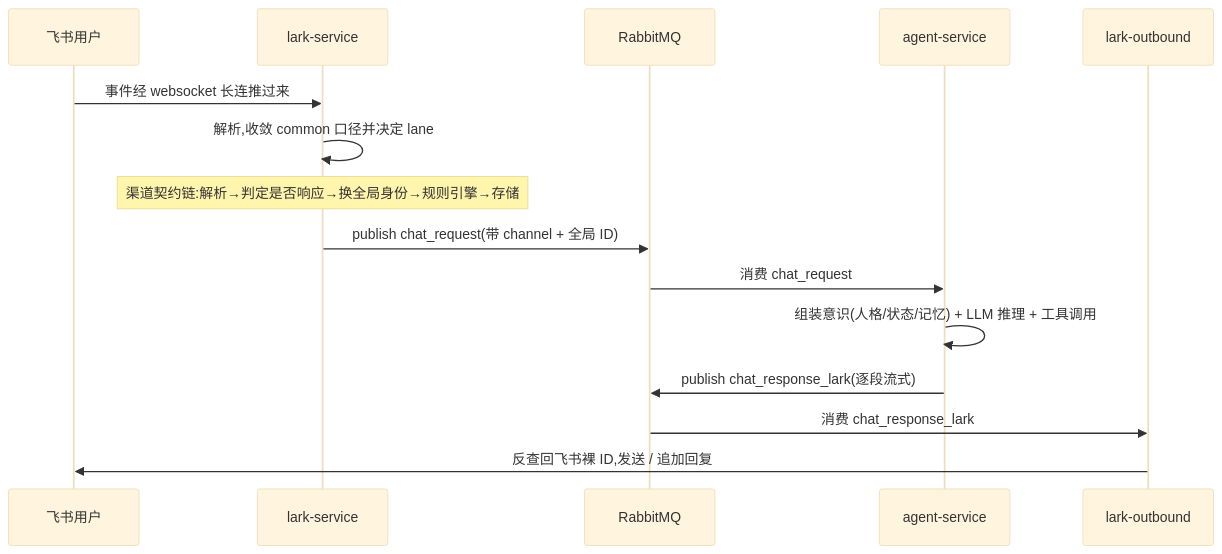
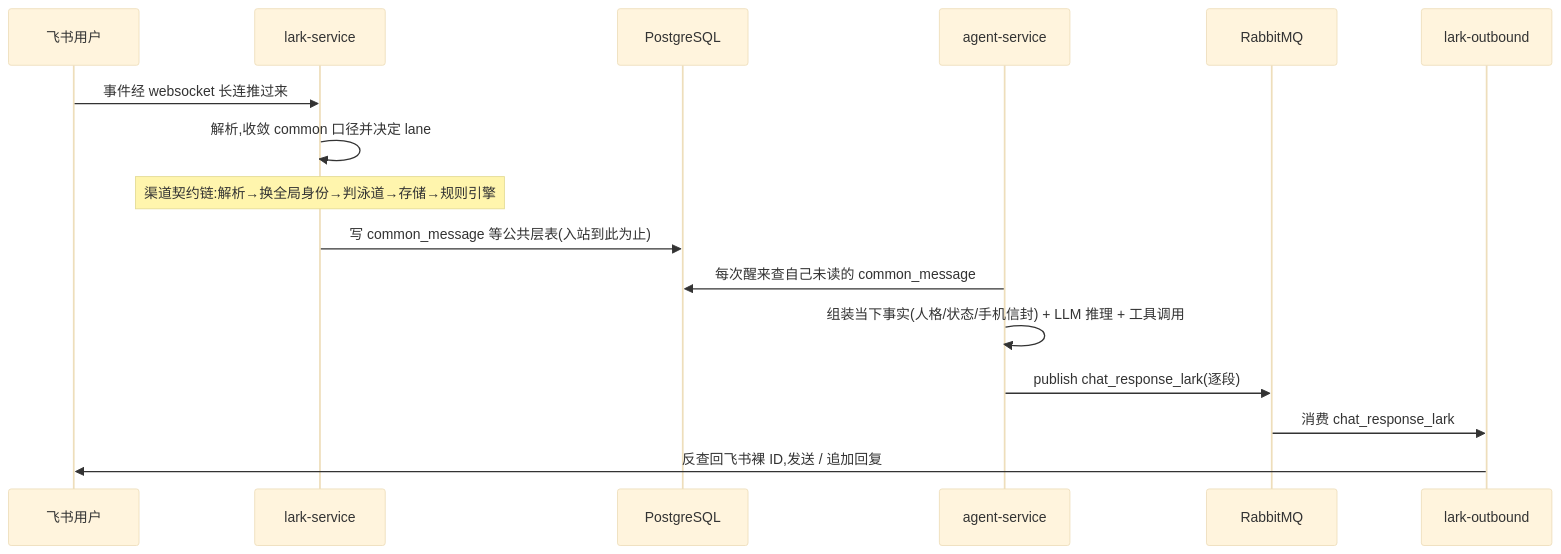
One commit to bezhai/chiwei-platform changed the second of 5 diagrams in docs/service-topology.md. Above: the diagram before and after it, drawn with Mermaid (base theme). The commit also changed other lines of this file and 418 other files, not shown here.

````diff
--- a/docs/service-topology.md
+++ b/docs/service-topology.md
@@ -96,18 +97,19 @@
 ```mermaid
 sequenceDiagram
     participant U as 飞书用户
     participant LKS as lark-service
+    participant PG as PostgreSQL
+    participant AS as agent-service
     participant MQ as RabbitMQ
-    participant AS as agent-service
     participant LKO as lark-outbound
 
     U->>LKS: 事件经 websocket 长连推过来
     LKS->>LKS: 解析,收敛 common 口径并决定 lane
-    Note over LKS: 渠道契约链:解析→判定是否响应→换全局身份→规则引擎→存储
-    LKS->>MQ: publish chat_request(带 channel + 全局 ID)
-    MQ->>AS: 消费 chat_request
-    AS->>AS: 组装意识(人格/状态/记忆) + LLM 推理 + 工具调用
-    AS->>MQ: publish chat_response_lark(逐段流式)
+    Note over LKS: 渠道契约链:解析→换全局身份→判泳道→存储→规则引擎
+    LKS->>PG: 写 common_message 等公共层表(入站到此为止)
+    AS->>PG: 每次醒来查自己未读的 common_message
+    AS->>AS: 组装当下事实(人格/状态/手机信封) + LLM 推理 + 工具调用
+    AS->>MQ: publish chat_response_lark(逐段)
     MQ->>LKO: 消费 chat_response_lark
     LKO->>U: 反查回飞书裸 ID,发送 / 追加回复
 ```
````
